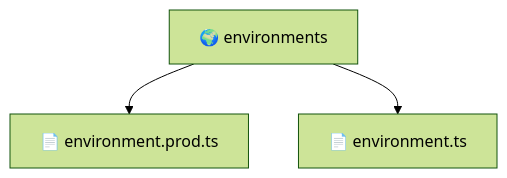
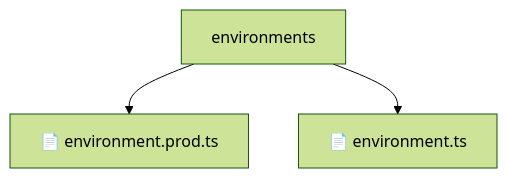
Before and after one commit to beginwebdev2002/fullstack-mavluda: the diagram in frontend/src/environments/README.md, drawn with Mermaid (forest theme). The commit also changed other lines of this file and 155 other files, not shown here.

````diff
--- a/frontend/src/environments/README.md
+++ b/frontend/src/environments/README.md
@@ -9,6 +14,6 @@
 ```mermaid
 graph TD
-  Root["🌍 environments"]
-  Root --> environmentprodts["📄 environment.prod.ts"]
-  Root --> environmentts["📄 environment.ts"]
+    Root[environments]
+    Root --> F0[📄 environment.prod.ts]
+    Root --> F1[📄 environment.ts]
 ```
````
